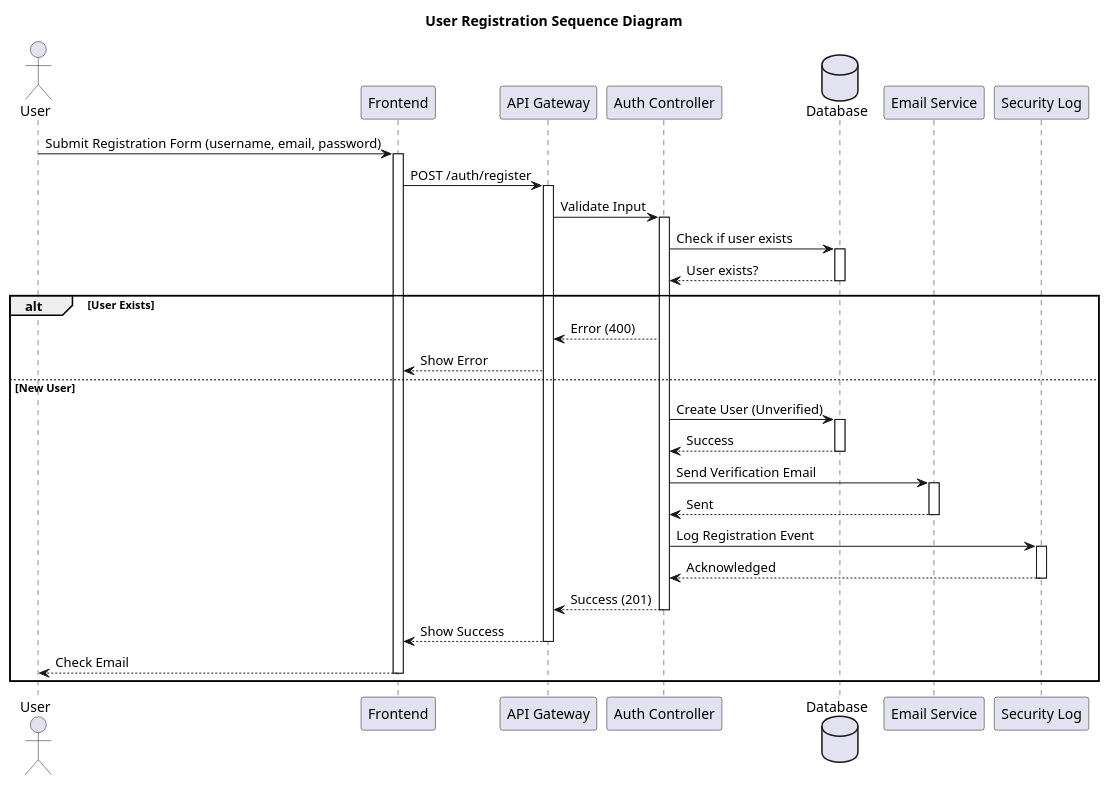
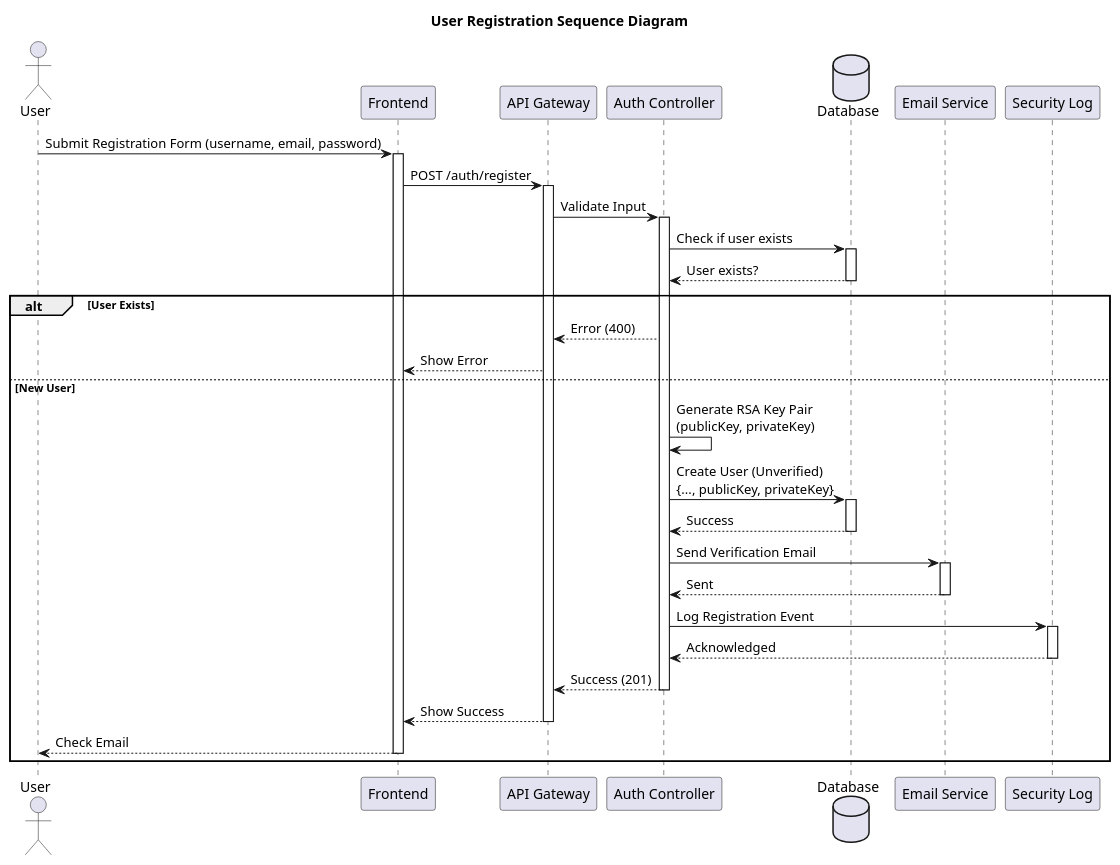
One commit to StealthMoud/secure-note changed the diagram in docs/diagrams/SEQUENCE_AUTH_REGISTER.puml. Above: the diagram before and after it, drawn with PlantUML. The commit also changed 94 other files, not shown here.

Commit message:
updated docs, diagrams and fixed some admin logic

```diff
--- a/docs/diagrams/SEQUENCE_AUTH_REGISTER.puml
+++ b/docs/diagrams/SEQUENCE_AUTH_REGISTER.puml
@@ -1,51 +1,53 @@
-@startuml
+@startuml Auth_Register
 title User Registration Sequence Diagram
 
 actor User
 participant "Frontend" as FE
 participant "API Gateway" as API
 participant "Auth Controller" as Ctrl
 database "Database" as DB
 participant "Email Service" as Email
 participant "Security Log" as Log
 
 User -> FE: Submit Registration Form (username, email, password)
 activate FE
 FE -> API: POST /auth/register
 activate API
 API -> Ctrl: Validate Input
 activate Ctrl
 
 Ctrl -> DB: Check if user exists
 activate DB
 DB --> Ctrl: User exists?
 deactivate DB
 
 alt User Exists
     Ctrl --> API: Error (400)
     API --> FE: Show Error
 else New User
-    Ctrl -> DB: Create User (Unverified)
+    Ctrl -> Ctrl: Generate RSA Key Pair\n(publicKey, privateKey)
+    
+    Ctrl -> DB: Create User (Unverified)\n{..., publicKey, privateKey}
     activate DB
     DB --> Ctrl: Success
     deactivate DB
     
     Ctrl -> Email: Send Verification Email
     activate Email
     Email --> Ctrl: Sent
     deactivate Email
 
     Ctrl -> Log: Log Registration Event
     activate Log
     Log --> Ctrl: Acknowledged
     deactivate Log
 
     Ctrl --> API: Success (201)
     deactivate Ctrl
     API --> FE: Show Success 
     deactivate API
     FE --> User: Check Email
     deactivate FE
 end
 
 @enduml
```
